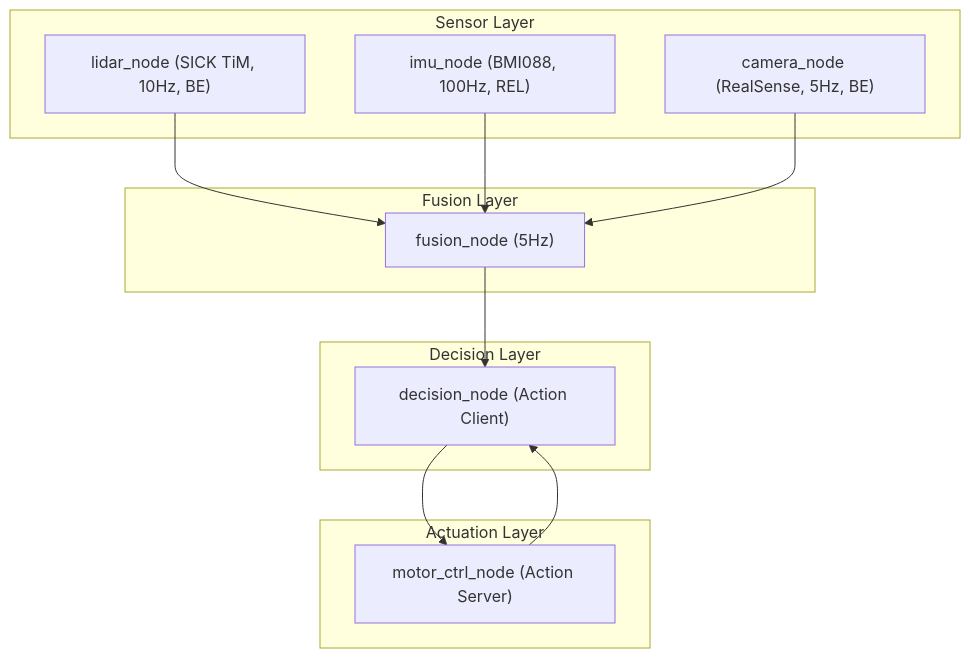
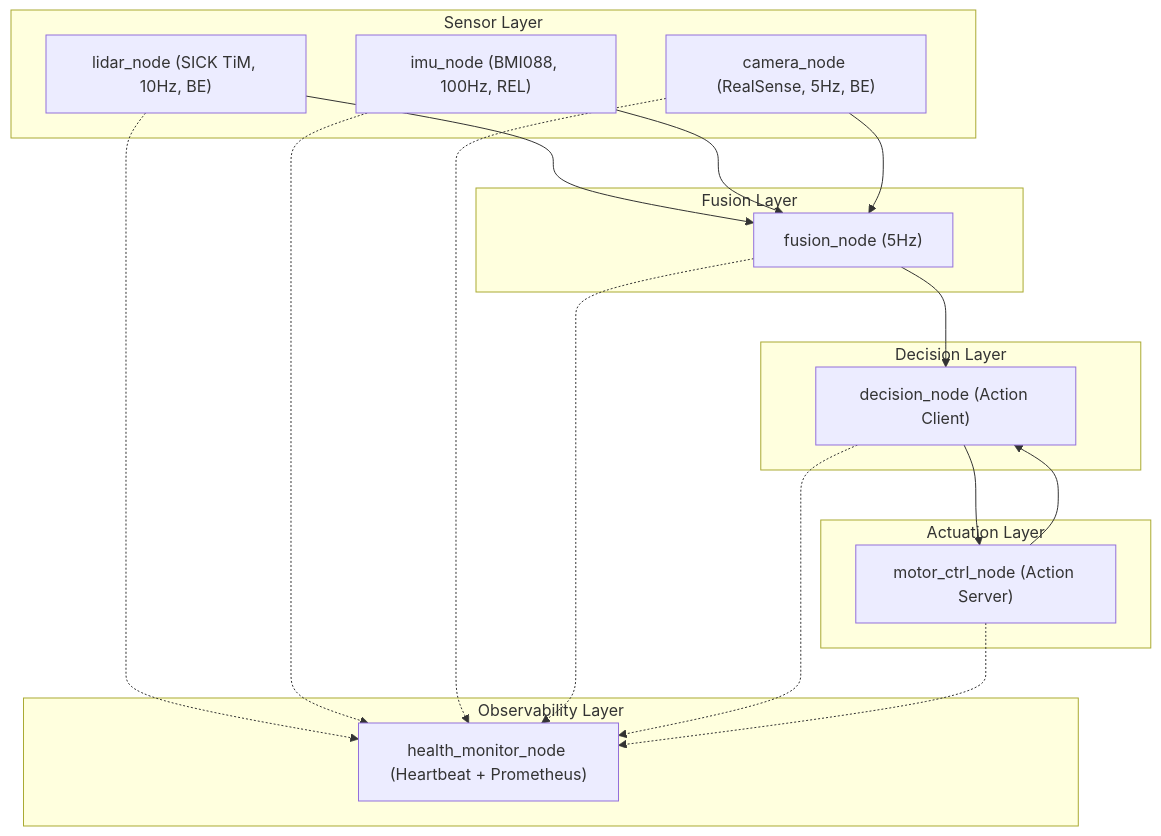
The first of 3 diagrams in mdDoc/01-prd.md (guang-lee-cn/ros2_robot_middleware), drawn with Mermaid before and after one commit. The commit also changed other lines of this file and 4 other files, not shown here.

First line of the commit message:
docs: update PRD, design, README, CHANGELOG with Phase 13 health monitor

````diff
--- a/mdDoc/01-prd.md
+++ b/mdDoc/01-prd.md
@@ -43,23 +43,32 @@
 ```mermaid
 graph TB
     subgraph Sensor["Sensor Layer"]
         Lidar["lidar_node (SICK TiM, 10Hz, BE)"]
         IMU["imu_node (BMI088, 100Hz, REL)"]
         Camera["camera_node (RealSense, 5Hz, BE)"]
     end
     subgraph Fusion["Fusion Layer"]
         FusionNode["fusion_node (5Hz)"]
     end
     subgraph Decision["Decision Layer"]
         DecisionNode["decision_node (Action Client)"]
     end
     subgraph Actuation["Actuation Layer"]
         MotorNode["motor_ctrl_node (Action Server)"]
     end
+    subgraph Observability["Observability Layer"]
+        HealthMon["health_monitor_node (Heartbeat + Prometheus)"]
+    end
     Lidar --> FusionNode
     IMU --> FusionNode
     Camera --> FusionNode
     FusionNode --> DecisionNode
     DecisionNode --> MotorNode
     MotorNode --> DecisionNode
+    Lidar -.-> HealthMon
+    IMU -.-> HealthMon
+    Camera -.-> HealthMon
+    FusionNode -.-> HealthMon
+    DecisionNode -.-> HealthMon
+    MotorNode -.-> HealthMon
 ```
````
